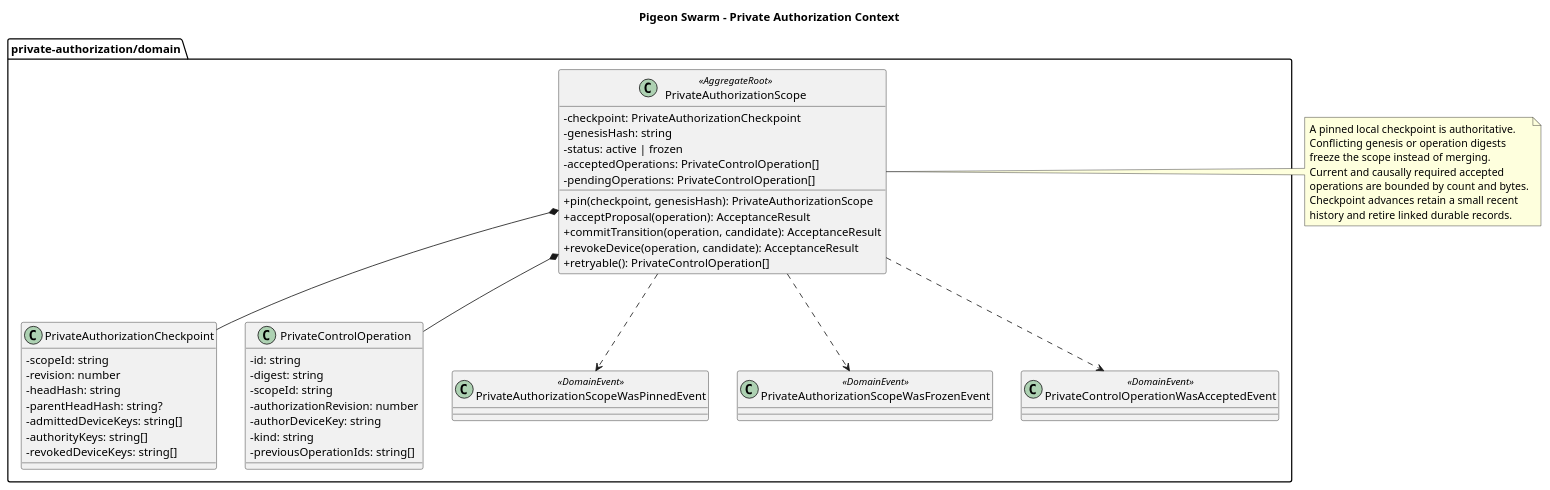
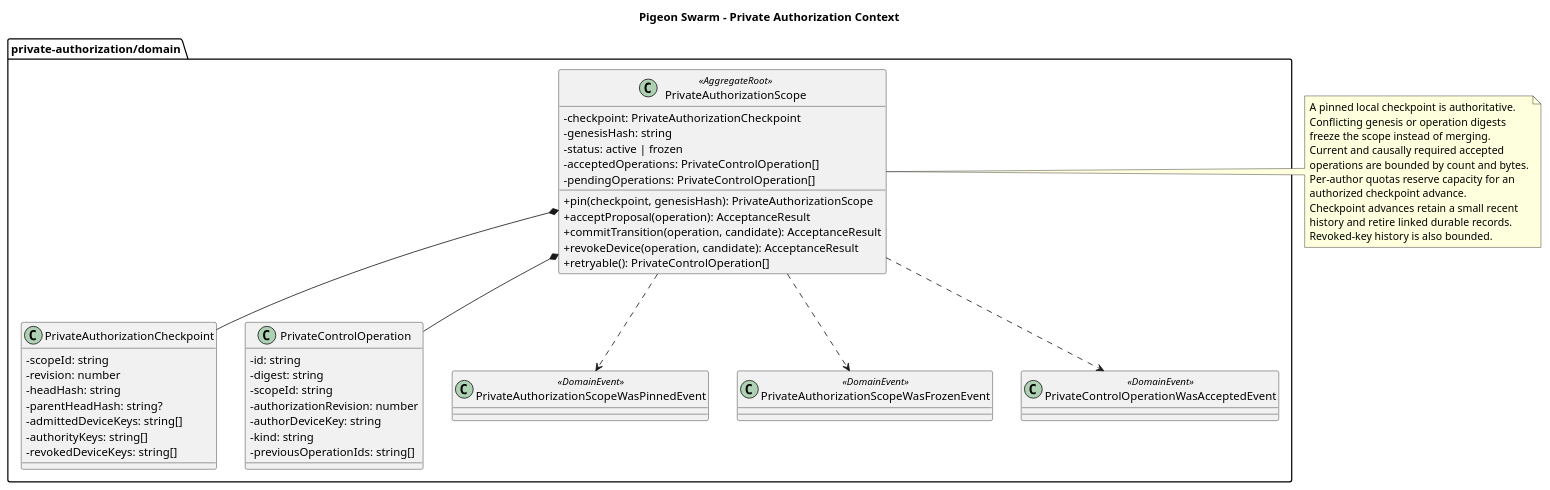
The diagram in src/contexts/private-authorization/_docs/PrivateAuthorizationClasses.puml (haskou/pigeon-swarm-node), drawn with PlantUML before and after one commit. The commit also changed 12 other files, not shown here.

```diff
--- a/src/contexts/private-authorization/_docs/PrivateAuthorizationClasses.puml
+++ b/src/contexts/private-authorization/_docs/PrivateAuthorizationClasses.puml
@@ -1,62 +1,65 @@
 @startuml PrivateAuthorizationClasses
 
 title Pigeon Swarm - Private Authorization Context
 
 skinparam classAttributeIconSize 0
 
 package "private-authorization/domain" {
   class PrivateAuthorizationScope <<AggregateRoot>> {
     -checkpoint: PrivateAuthorizationCheckpoint
     -genesisHash: string
     -status: active | frozen
     -acceptedOperations: PrivateControlOperation[]
     -pendingOperations: PrivateControlOperation[]
     +pin(checkpoint, genesisHash): PrivateAuthorizationScope
     +acceptProposal(operation): AcceptanceResult
     +commitTransition(operation, candidate): AcceptanceResult
     +revokeDevice(operation, candidate): AcceptanceResult
     +retryable(): PrivateControlOperation[]
   }
 
   class PrivateAuthorizationCheckpoint {
     -scopeId: string
     -revision: number
     -headHash: string
     -parentHeadHash: string?
     -admittedDeviceKeys: string[]
     -authorityKeys: string[]
     -revokedDeviceKeys: string[]
   }
 
   class PrivateControlOperation {
     -id: string
     -digest: string
     -scopeId: string
     -authorizationRevision: number
     -authorDeviceKey: string
     -kind: string
     -previousOperationIds: string[]
   }
 
   class PrivateAuthorizationScopeWasPinnedEvent <<DomainEvent>>
   class PrivateAuthorizationScopeWasFrozenEvent <<DomainEvent>>
   class PrivateControlOperationWasAcceptedEvent <<DomainEvent>>
 
   PrivateAuthorizationScope *-- PrivateAuthorizationCheckpoint
   PrivateAuthorizationScope *-- PrivateControlOperation
   PrivateAuthorizationScope ..> PrivateAuthorizationScopeWasPinnedEvent
   PrivateAuthorizationScope ..> PrivateAuthorizationScopeWasFrozenEvent
   PrivateAuthorizationScope ..> PrivateControlOperationWasAcceptedEvent
 }
 
 note right of PrivateAuthorizationScope
   A pinned local checkpoint is authoritative.
   Conflicting genesis or operation digests
   freeze the scope instead of merging.
   Current and causally required accepted
   operations are bounded by count and bytes.
+  Per-author quotas reserve capacity for an
+  authorized checkpoint advance.
   Checkpoint advances retain a small recent
   history and retire linked durable records.
+  Revoked-key history is also bounded.
 end note
 
 @enduml
```
